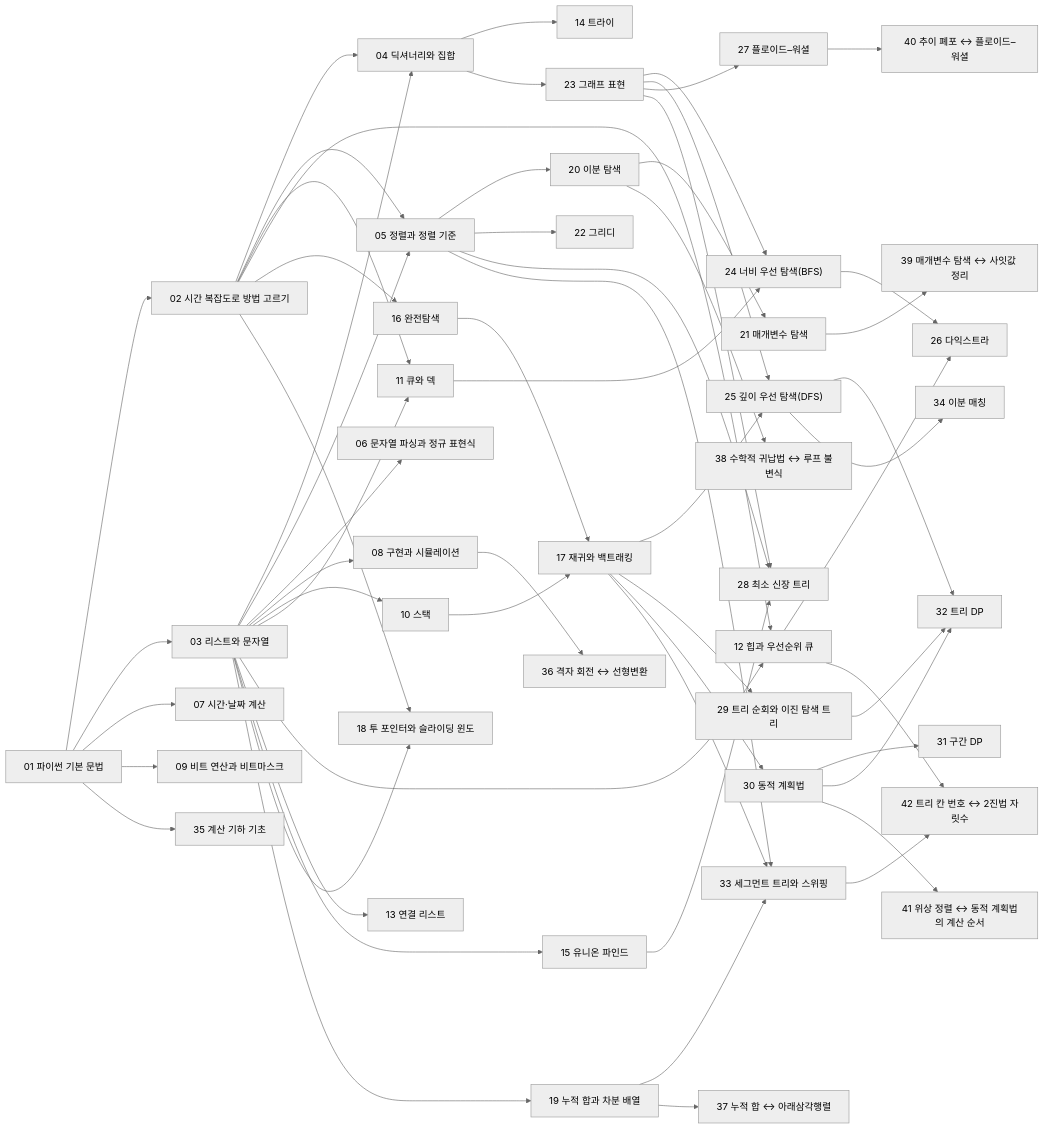
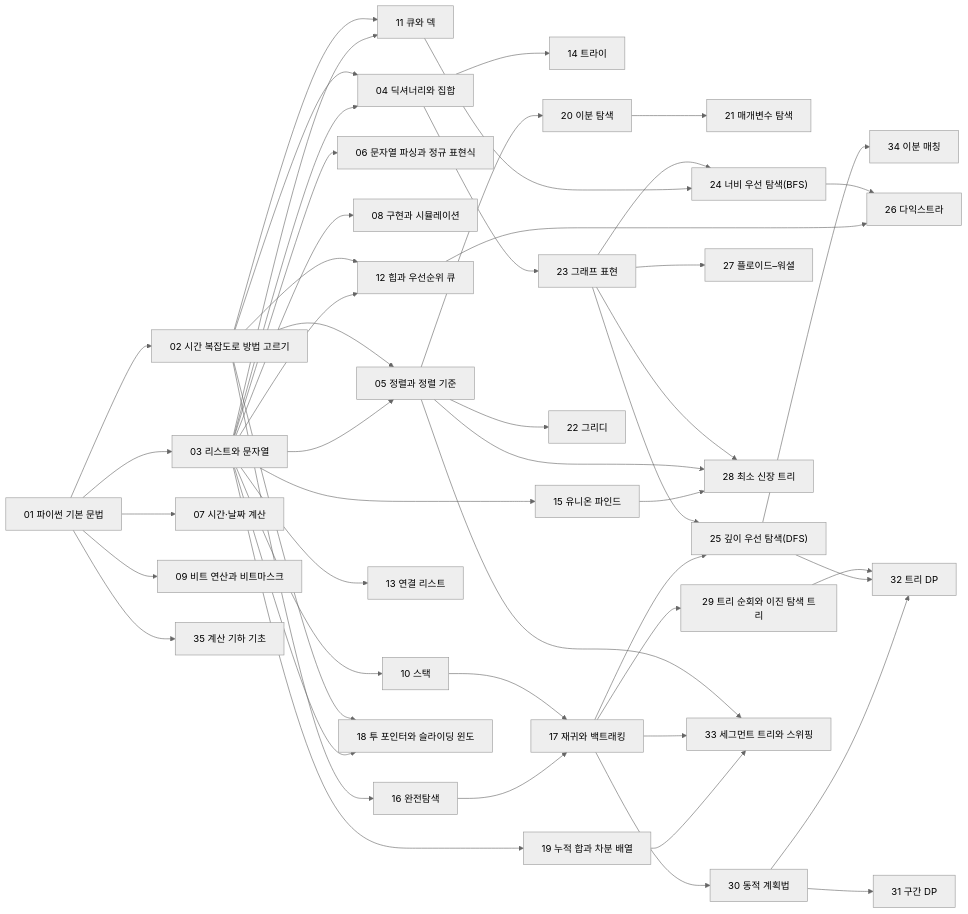
Before and after one commit to Hong-Iron/KOTEacher: the diagram in content/0.로드맵.md, drawn with Mermaid (neutral theme). The commit also changed other lines of this file and 130 other files, not shown here.

````diff
--- a/content/0.로드맵.md
+++ b/content/0.로드맵.md
@@ -222,13 +153,6 @@
   n33["33 세그먼트 트리와 스위핑"]
   n34["34 이분 매칭"]
   n35["35 계산 기하 기초"]
-  n36["36 격자 회전 ↔ 선형변환"]
-  n37["37 누적 합 ↔ 아래삼각행렬"]
-  n38["38 수학적 귀납법 ↔ 루프 불변식"]
-  n39["39 매개변수 탐색 ↔ 사잇값 정리"]
-  n40["40 추이 폐포 ↔ 플로이드–워셜"]
-  n41["41 위상 정렬 ↔ 동적 계획법의 계산 순서"]
-  n42["42 트리 칸 번호 ↔ 2진법 자릿수"]
   n1 --> n2
   n1 --> n3
   n3 --> n4
@@ -278,12 +202,4 @@
   n5 --> n33
   n25 --> n34
   n1 --> n35
-  n8 --> n36
-  n19 --> n37
-  n20 --> n38
-  n21 --> n39
-  n27 --> n40
-  n30 --> n41
-  n12 --> n42
-  n33 --> n42
 ```
````
